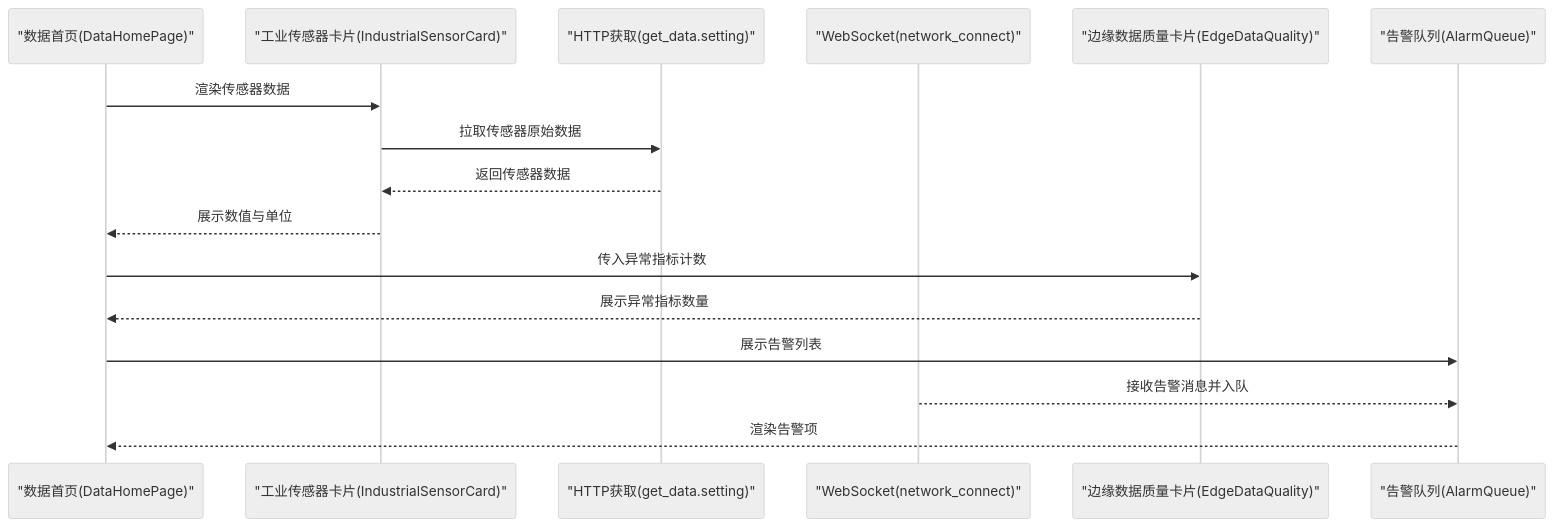
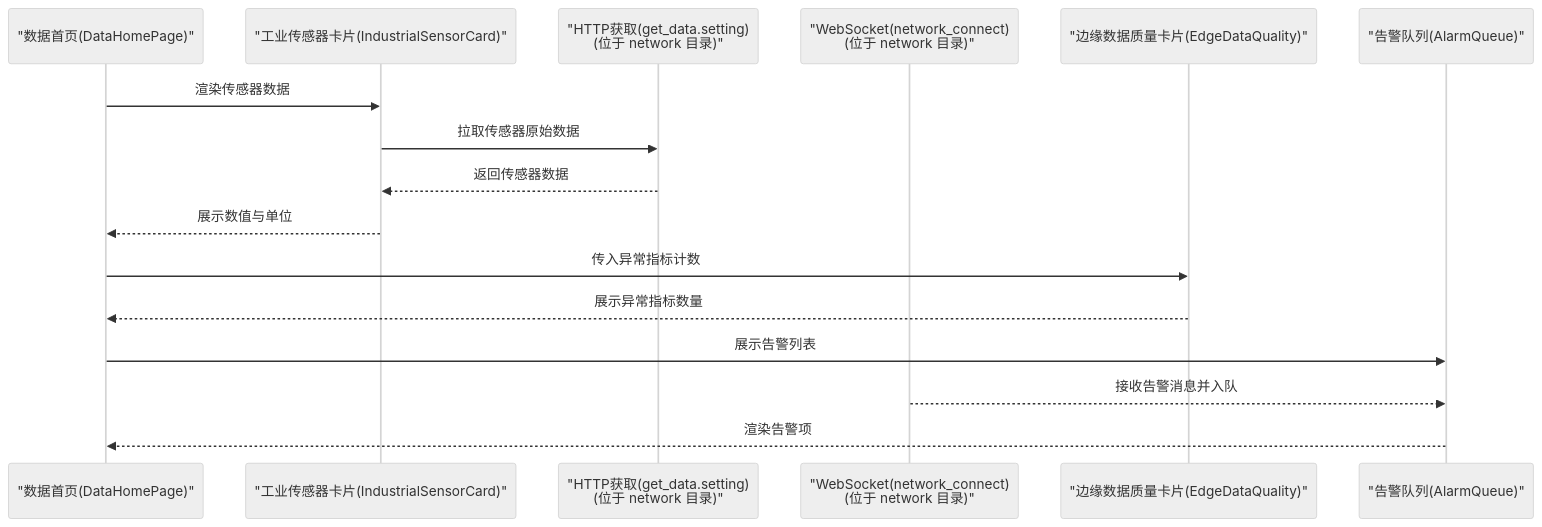
One commit to Neonrey-hub/SmartController changed the second of 12 diagrams in .qoder/repowiki/zh/content/数据监控系统/数据质量监控.md. Above: the diagram before and after it, drawn with Mermaid (neutral theme). The commit also changed other lines of this file and 16 other files, not shown here.

````diff
--- a/.qoder/repowiki/zh/content/数据监控系统/数据质量监控.md
+++ b/.qoder/repowiki/zh/content/数据监控系统/数据质量监控.md
@@ -112,18 +123,18 @@
 ```mermaid
 sequenceDiagram
 participant UI as "数据首页(DataHomePage)"
 participant SCard as "工业传感器卡片(IndustrialSensorCard)"
-participant HTTP as "HTTP获取(get_data.setting)"
-participant WS as "WebSocket(network_connect)"
+participant HTTP as "HTTP获取(get_data.setting)<br/>(位于 network 目录)"
+participant WS as "WebSocket(network_connect)<br/>(位于 network 目录)"
 participant QCard as "边缘数据质量卡片(EdgeDataQuality)"
 participant AQL as "告警队列(AlarmQueue)"
 UI->>SCard : 渲染传感器数据
 SCard->>HTTP : 拉取传感器原始数据
 HTTP-->>SCard : 返回传感器数据
 SCard-->>UI : 展示数值与单位
 UI->>QCard : 传入异常指标计数
 QCard-->>UI : 展示异常指标数量
 UI->>AQL : 展示告警列表
 WS-->>AQL : 接收告警消息并入队
 AQL-->>UI : 渲染告警项
 ```
````
